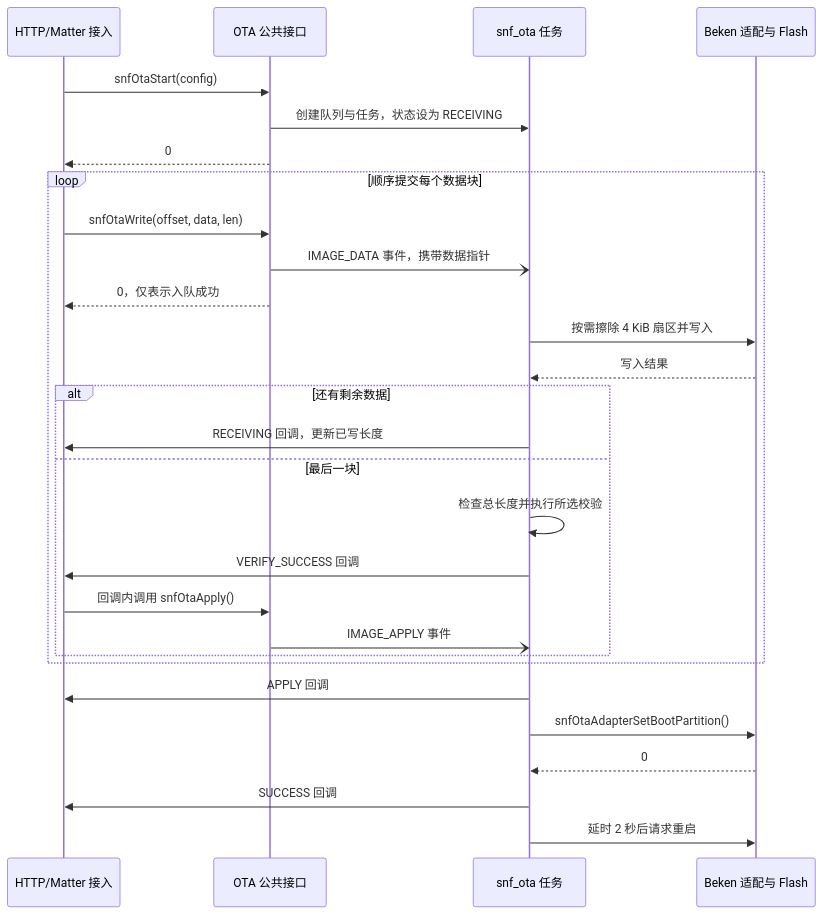
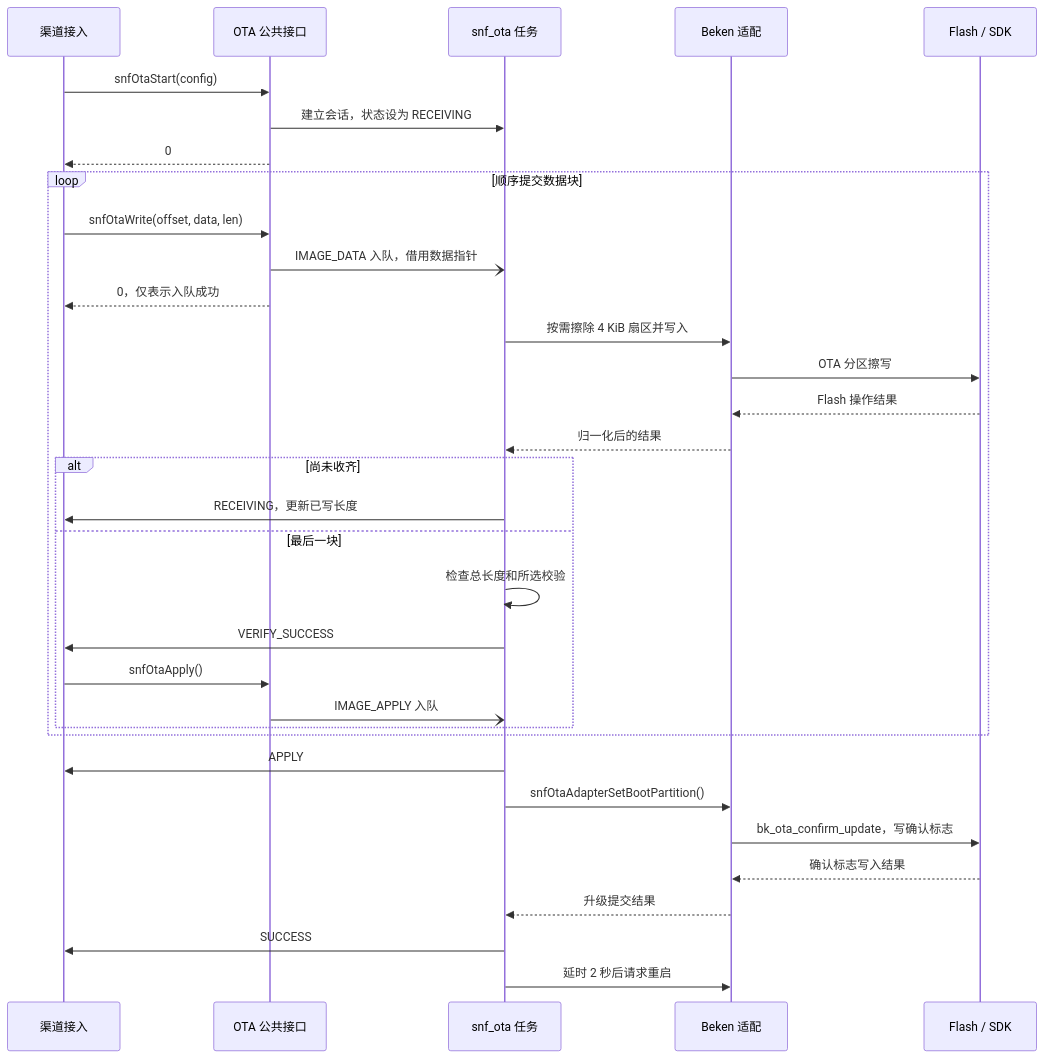
The third of 5 diagrams in docs/ota.md (dragonxiaoex/bk7239), drawn with Mermaid before and after one commit. The commit also changed other lines of this file and 13 other files, not shown here.

````diff
--- a/docs/ota.md
+++ b/docs/ota.md
@@ -93,30 +143,35 @@
 ```mermaid
 sequenceDiagram
-    participant ingress as HTTP/Matter 接入
+    participant ingress as 渠道接入
     participant api as OTA 公共接口
     participant worker as snf_ota 任务
-    participant adapter as Beken 适配与 Flash
+    participant adapter as Beken 适配
+    participant flash as Flash / SDK
     ingress->>api: snfOtaStart(config)
-    api->>worker: 创建队列与任务，状态设为 RECEIVING
+    api->>worker: 建立会话，状态设为 RECEIVING
     api-->>ingress: 0
-    loop 顺序提交每个数据块
+    loop 顺序提交数据块
         ingress->>api: snfOtaWrite(offset, data, len)
-        api-)worker: IMAGE_DATA 事件，携带数据指针
+        api-)worker: IMAGE_DATA 入队，借用数据指针
         api-->>ingress: 0，仅表示入队成功
         worker->>adapter: 按需擦除 4 KiB 扇区并写入
-        adapter-->>worker: 写入结果
-        alt 还有剩余数据
-            worker->>ingress: RECEIVING 回调，更新已写长度
+        adapter->>flash: OTA 分区擦写
+        flash-->>adapter: Flash 操作结果
+        adapter-->>worker: 归一化后的结果
+        alt 尚未收齐
+            worker->>ingress: RECEIVING，更新已写长度
         else 最后一块
-            worker->>worker: 检查总长度并执行所选校验
-            worker->>ingress: VERIFY_SUCCESS 回调
-            ingress->>api: 回调内调用 snfOtaApply()
-            api-)worker: IMAGE_APPLY 事件
+            worker->>worker: 检查总长度和所选校验
+            worker->>ingress: VERIFY_SUCCESS
+            ingress->>api: snfOtaApply()
+            api-)worker: IMAGE_APPLY 入队
         end
     end
-    worker->>ingress: APPLY 回调
+    worker->>ingress: APPLY
     worker->>adapter: snfOtaAdapterSetBootPartition()
-    adapter-->>worker: 0
-    worker->>ingress: SUCCESS 回调
+    adapter->>flash: bk_ota_confirm_update，写确认标志
+    flash-->>adapter: 确认标志写入结果
+    adapter-->>worker: 升级提交结果
+    worker->>ingress: SUCCESS
     worker->>adapter: 延时 2 秒后请求重启
 ```
````
